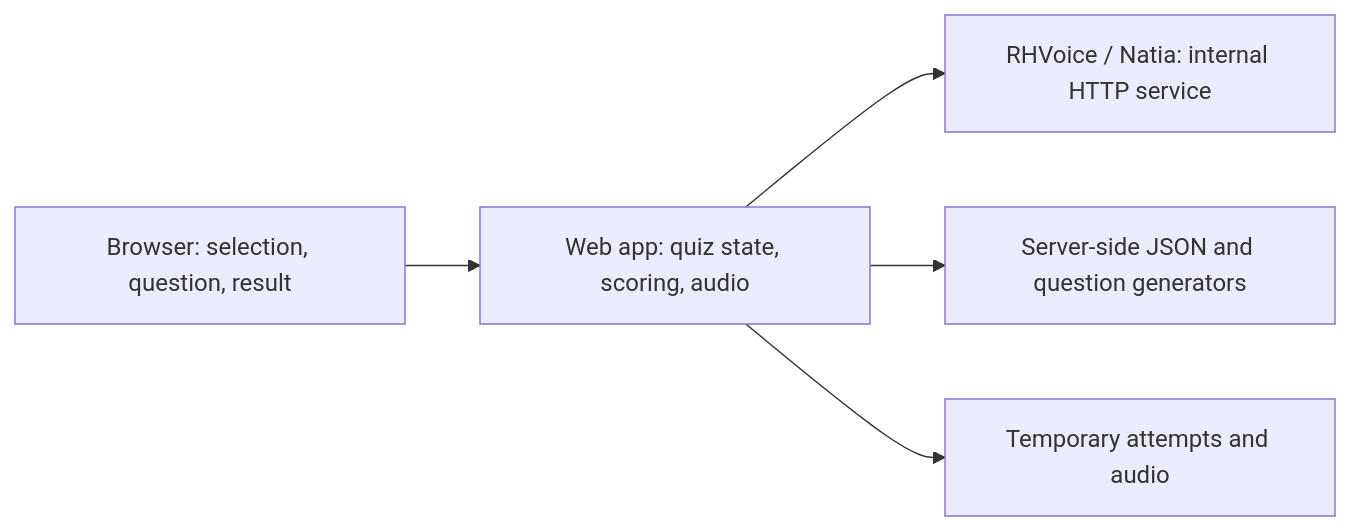
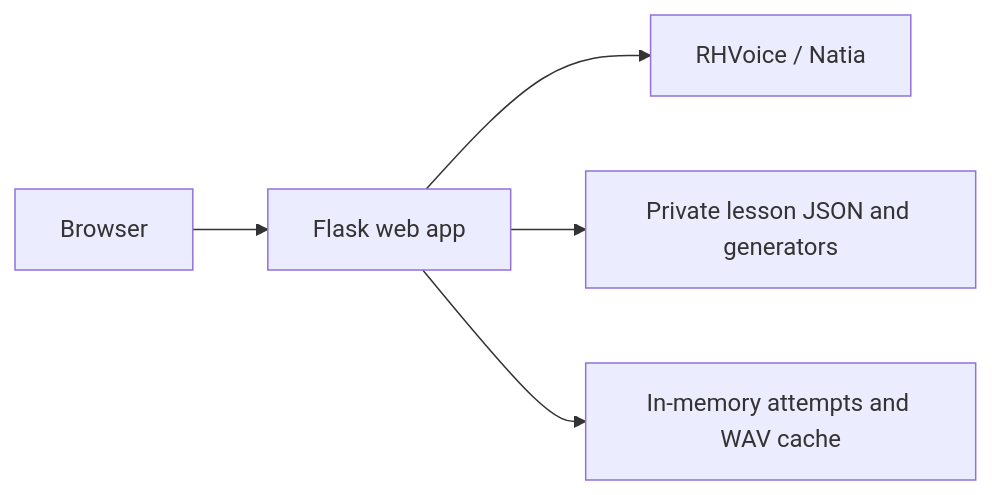
One commit to orlov-r/Talker changed the diagram in docs/architecture.md. Above: the diagram before and after it, drawn with Mermaid. The commit also changed other lines of this file and 19 other files, not shown here.

Commit message:
Implement Flask lesson app and Compose deployment

````diff
--- a/docs/architecture.md
+++ b/docs/architecture.md
@@ -36,7 +9,7 @@
 ```mermaid
 flowchart LR
-    B["Browser: selection, question, result"] --> W["Web app: quiz state, scoring, audio"]
-    W --> R["RHVoice / Natia: internal HTTP service"]
-    W --> L["Server-side JSON and question generators"]
-    W --> S["Temporary attempts and audio"]
+    B[Browser] --> W[Flask web app]
+    W --> R[RHVoice / Natia]
+    W --> L[Private lesson JSON and generators]
+    W --> S[In-memory attempts and WAV cache]
 ```
````
